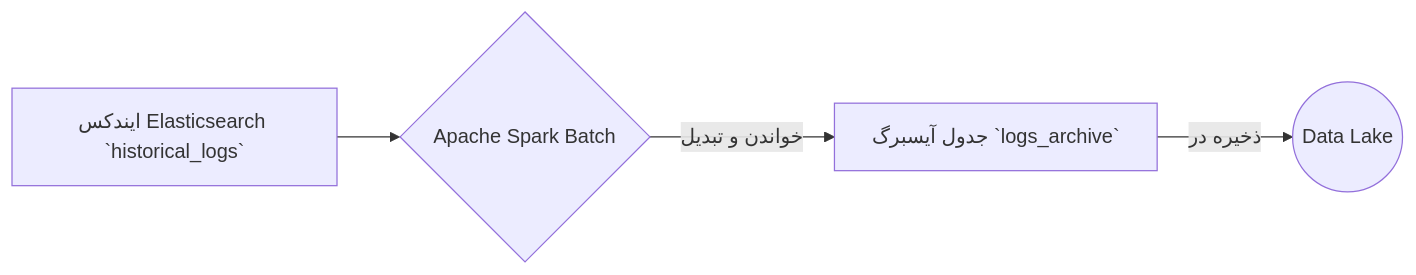
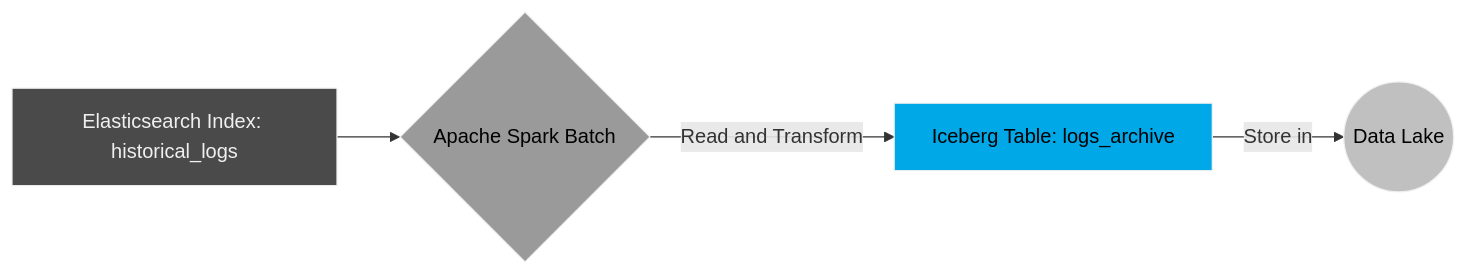
The fourth of 6 diagrams in iceberg_explanation_fa.md (jonsonpaskal123/iceberg), drawn with Mermaid before and after one commit. The commit also changed other lines of this file and 1 other file, not shown here.

First line of the commit message:
style(docs): Redesign all Mermaid diagrams with a modern theme

````diff
--- a/iceberg_explanation_fa.md
+++ b/iceberg_explanation_fa.md
@@ -151,6 +176,17 @@
 ```mermaid
 graph LR
-    A[ایندکس Elasticsearch `historical_logs`] --> B{Apache Spark Batch};
-    B -- خواندن و تبدیل --> C[جدول آیسبرگ `logs_archive`];
-    C -- ذخیره در --> D((Data Lake));
+    classDef default fill:#2b2b2b,stroke:#f0f0f0,color:#f0f0f0;
+    classDef source fill:#4a4a4a,stroke:#f0f0f0,color:#f0f0f0;
+    classDef process fill:#9a9a9a,stroke:#f0f0f0,color:#000;
+    classDef iceberg fill:#00a8e8,stroke:#f0f0f0,color:#000;
+    classDef datalake fill:#c0c0c0,stroke:#f0f0f0,color:#000;
+
+    A[Elasticsearch Index: historical_logs] --> B{Apache Spark Batch};
+    B -- Read and Transform --> C[Iceberg Table: logs_archive];
+    C -- Store in --> D((Data Lake));
+
+    class A source;
+    class B process;
+    class C iceberg;
+    class D datalake;
 ```
````
